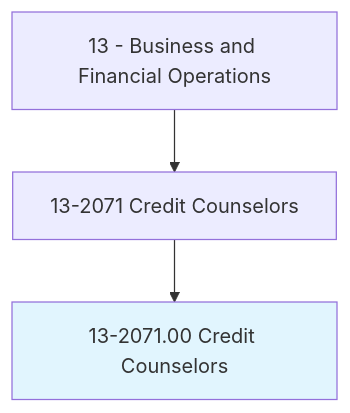
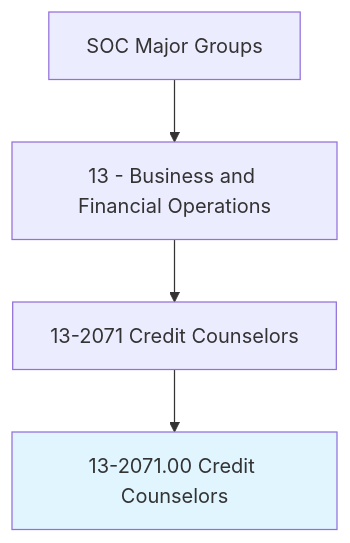
The first of 4 diagrams in occupations/Business/CreditCounselors.mdx (kziemski/business.org.ai), drawn with Mermaid before and after one commit. The commit also changed other lines of this file and 938 other files, not shown here.

````diff
--- a/occupations/Business/CreditCounselors.mdx
+++ b/occupations/Business/CreditCounselors.mdx
@@ -19,6 +25,7 @@
 ```mermaid
 graph TD
-    Cat13["13 - Business and Financial Operations"] --> Group132071["13-2071 Credit Counselors"]
-    Group132071 --> Current["13-2071.00 Credit Counselors"]
+    SOC["SOC Major Groups"] --> Cat13["13 - Business and Financial Operations"]
+    Cat13 --> G132071["13-2071 Credit Counselors"]
+    G132071 --> Current["13-2071.00 Credit Counselors"]
     style Current fill:#e1f5fe
 ```
````
